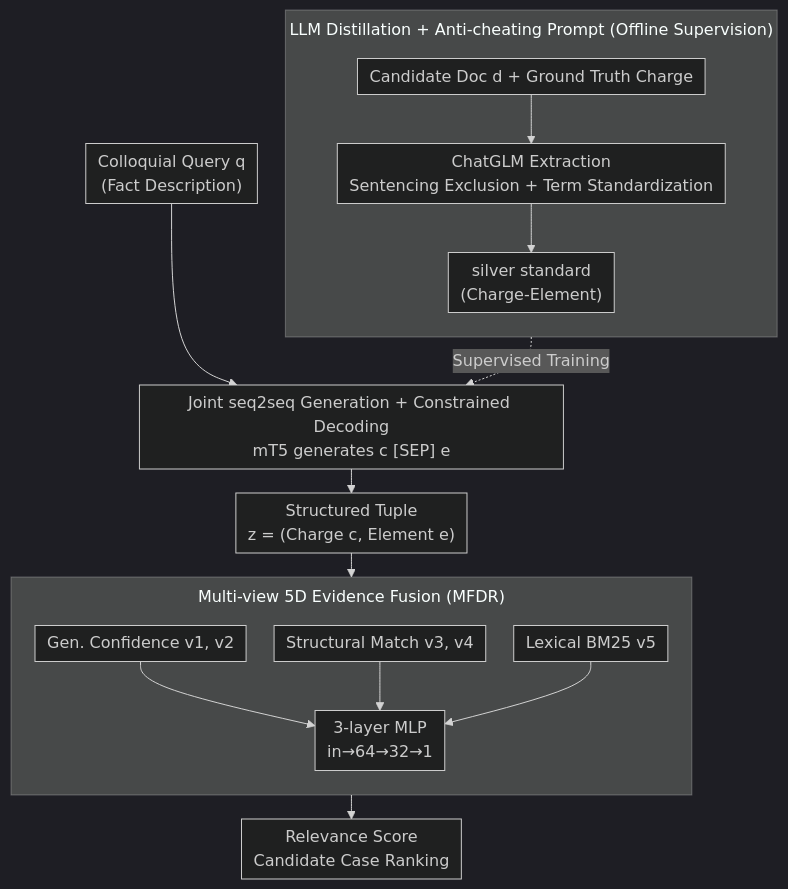
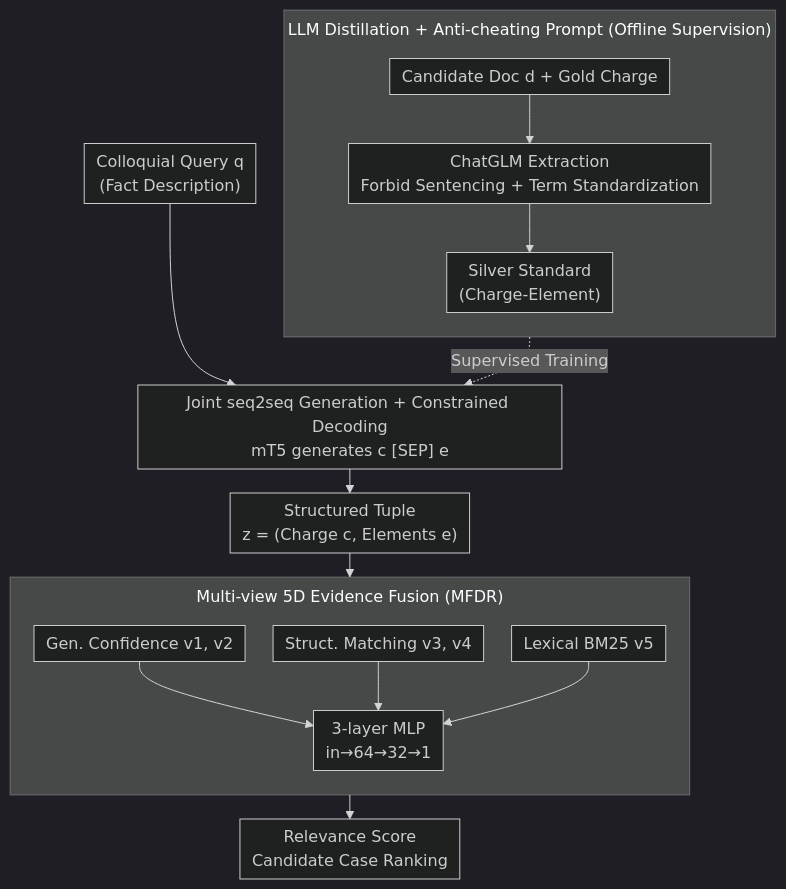
Before and after one commit to zhaoyang97/Paper-Notes-en: the diagram in docs/ACL2026/information_retrieval/glier_generative_legal_inference_and_evidence_ranking_for_legal_case_retrieval.md, drawn with Mermaid (dark theme). The commit also changed other lines of this file and 5084 other files, not shown here.

````diff
--- a/docs/ACL2026/information_retrieval/glier_generative_legal_inference_and_evidence_ranking_for_legal_case_retrieval.md
+++ b/docs/ACL2026/information_retrieval/glier_generative_legal_inference_and_evidence_ranking_for_legal_case_retrieval.md
@@ -44,20 +44,20 @@
 ```mermaid
 %%{init: {'flowchart': {'rankSpacing': 24, 'nodeSpacing': 28, 'padding': 6, 'wrappingWidth': 400, 'subGraphTitleMargin': {'top': 8, 'bottom': 16}}}}%%
 flowchart TD
     Q["Colloquial Query q<br/>(Fact Description)"] --> GEN["Joint seq2seq Generation + Constrained Decoding<br/>mT5 generates c [SEP] e"]
     subgraph DISTILL["LLM Distillation + Anti-cheating Prompt (Offline Supervision)"]
         direction TB
-        DOC["Candidate Doc d + Ground Truth Charge"] --> CG["ChatGLM Extraction<br/>Sentencing Exclusion + Term Standardization"]
-        CG --> SILVER["silver standard<br/>(Charge-Element)"]
+        DOC["Candidate Doc d + Gold Charge"] --> CG["ChatGLM Extraction<br/>Forbid Sentencing + Term Standardization"]
+        CG --> SILVER["Silver Standard<br/>(Charge-Element)"]
     end
     SILVER -. Supervised Training .-> GEN
-    GEN --> Z["Structured Tuple<br/>z = (Charge c, Element e)"]
+    GEN --> Z["Structured Tuple<br/>z = (Charge c, Elements e)"]
     Z --> MFDR
     subgraph MFDR["Multi-view 5D Evidence Fusion (MFDR)"]
         direction TB
         F1["Gen. Confidence v1, v2"] --> MLP["3-layer MLP<br/>in→64→32→1"]
-        F3["Structural Match v3, v4"] --> MLP
+        F3["Struct. Matching v3, v4"] --> MLP
         F5["Lexical BM25 v5"] --> MLP
     end
     MFDR --> RANK["Relevance Score<br/>Candidate Case Ranking"]
 ```
````
